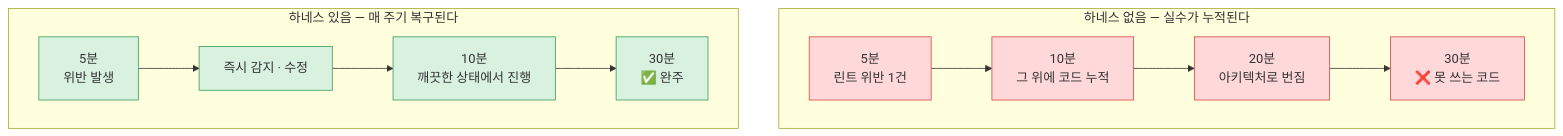
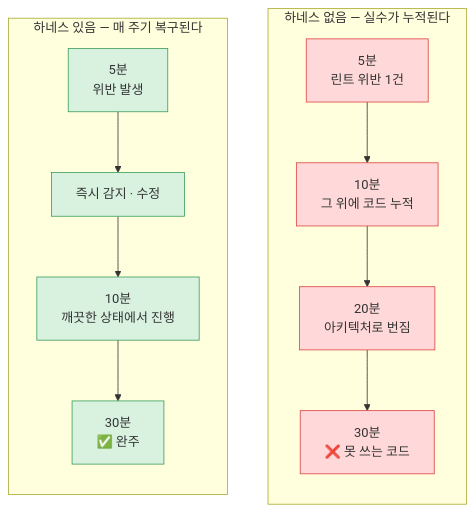
One commit to haandol/haandol.github.com changed the fifth of 9 diagrams in _posts/2026-03-15-harness-engineering-beyond-context-engineering.md. Above: the diagram before and after it, drawn with Mermaid. The commit also changed 2 other files, not shown here.

Commit message:
fix: reshape the diagrams that were still rendering shrunk
앞선 커밋에서 다이어그램 폭을 54rem까지 열었지만, 자연 폭이 그보다 큰 것들은 여전히
축소됐다. 전체 41개를 렌더해서 재보니 5개가 918px을 넘었고, 최악은 라벨이 9.6px였다.

폭을 더 키우는 대신 다이어그램 쪽을 고쳤다. 68rem까지 열어야 다 담기는데, 그건 본문에
비해 너무 넓다.

가로로 긴 것은 세로로 돌렸다. 넷 다 실제로 순차적 흐름이라 방향을 바꿔도 의미가 같다.
- PRD가 어긋나는 과정 (1044px → 624px)
- ALPS 9개 섹션의 검증 흐름 (1093px → 807px)
- 하네스 6단계 파이프라인 (1116px → 232px)
- 30분 누적 비교 (1332px → 482px, 안쪽만 TB로 돌려 두 트랙은 나란히 유지)

마지막 것은 subgraph 안쪽 direction만 바꿨다. 바깥까지 세로로 돌리면 두 트랙이 위아래로
쌓여서 "하네스 있음 vs 없음" 대조가 사라진다.

노드 텍스트가 길어서 넓어진 하나는 줄을 나눴다 (1063px → 716px).

결과: 918px을 넘는 다이어그램이 5개 → 2개, 남은 둘은 97~99%(라벨 13.6px)라 사실상
원본 크기다. 이걸 더 줄이려고 본문을 고칠 값어치는 없다고 봤다.

````diff
--- a/_posts/2026-03-15-harness-engineering-beyond-context-engineering.md
+++ b/_posts/2026-03-15-harness-engineering-beyond-context-engineering.md
@@ -216,15 +216,15 @@
 ```mermaid
 flowchart TB
     subgraph WO["하네스 없음 — 실수가 누적된다"]
-        direction LR
+        direction TB
         W5["5분<br/>린트 위반 1건"] --> W10["10분<br/>그 위에 코드 누적"] --> W20["20분<br/>아키텍처로 번짐"] --> W30["30분<br/>❌ 못 쓰는 코드"]
     end
     subgraph WH["하네스 있음 — 매 주기 복구된다"]
-        direction LR
+        direction TB
         H5["5분<br/>위반 발생"] --> H5F["즉시 감지 · 수정"] --> H10["10분<br/>깨끗한 상태에서 진행"] --> H30["30분<br/>✅ 완주"]
     end
     classDef bad fill:#ffd9d9,stroke:#d44;
     classDef good fill:#d9f2e0,stroke:#3a9d5d;
     class W5,W10,W20,W30 bad;
     class H5,H5F,H10,H30 good;
 ```
````
